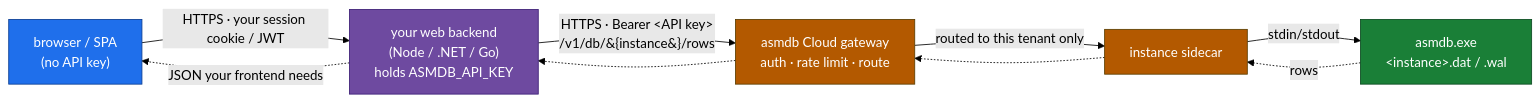
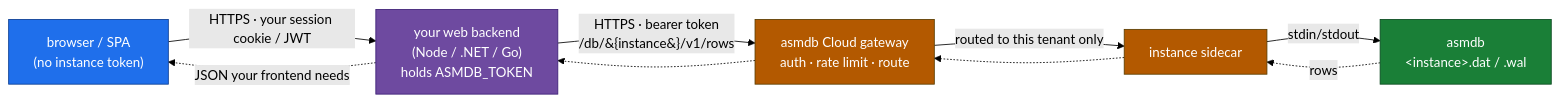
Before and after one commit to fredgis/asmDB: the third of 4 diagrams in docs/SAAS.md, drawn with Mermaid (forest theme). The commit also changed other lines of this file and 4 other files, not shown here.

````diff
--- a/docs/SAAS.md
+++ b/docs/SAAS.md
@@ -346,26 +360,26 @@
 ```mermaid
 flowchart LR
-    BROWSER["browser / SPA<br/>(no API key)"]
-    APP["your web backend<br/>(Node / .NET / Go)<br/>holds ASMDB_API_KEY"]
+    BROWSER["browser / SPA<br/>(no instance token)"]
+    APP["your web backend<br/>(Node / .NET / Go)<br/>holds ASMDB_TOKEN"]
     GW["asmdb Cloud gateway<br/>auth · rate limit · route"]
     SIDE["instance sidecar"]
-    ENG["asmdb.exe<br/>&lt;instance&gt;.dat / .wal"]
+    ENG["asmdb<br/>&lt;instance&gt;.dat / .wal"]
 
     BROWSER -->|"HTTPS · your session cookie / JWT"| APP
-    APP -->|"HTTPS · Bearer &lt;API key&gt;<br/>/v1/db/&#123;instance&#125;/rows"| GW
+    APP -->|"HTTPS · bearer token<br/>/db/&#123;instance&#125;/v1/rows"| GW
     GW -->|"routed to this tenant only"| SIDE
     SIDE -->|"stdin/stdout"| ENG
     ENG -.->|rows| SIDE
     SIDE -.-> GW
     GW -.-> APP
     APP -.->|"JSON your frontend needs"| BROWSER
 
     classDef edge fill:#1f6feb,stroke:#0b3d91,color:#fff
     classDef app fill:#6e4aa0,stroke:#3b1e75,color:#fff
     classDef ctrl fill:#b35900,stroke:#5a3d00,color:#fff
     classDef engine fill:#1a7f37,stroke:#0b4a20,color:#fff
     class BROWSER edge
     class APP app
     class GW,SIDE ctrl
     class ENG engine
 ```
````
